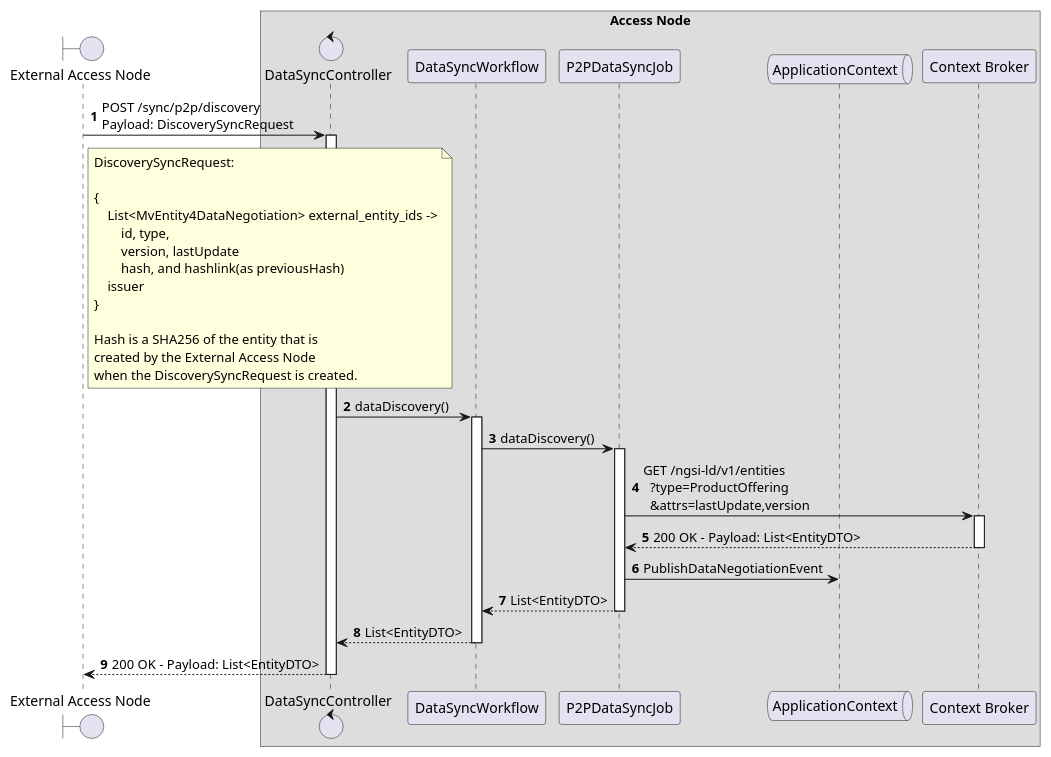
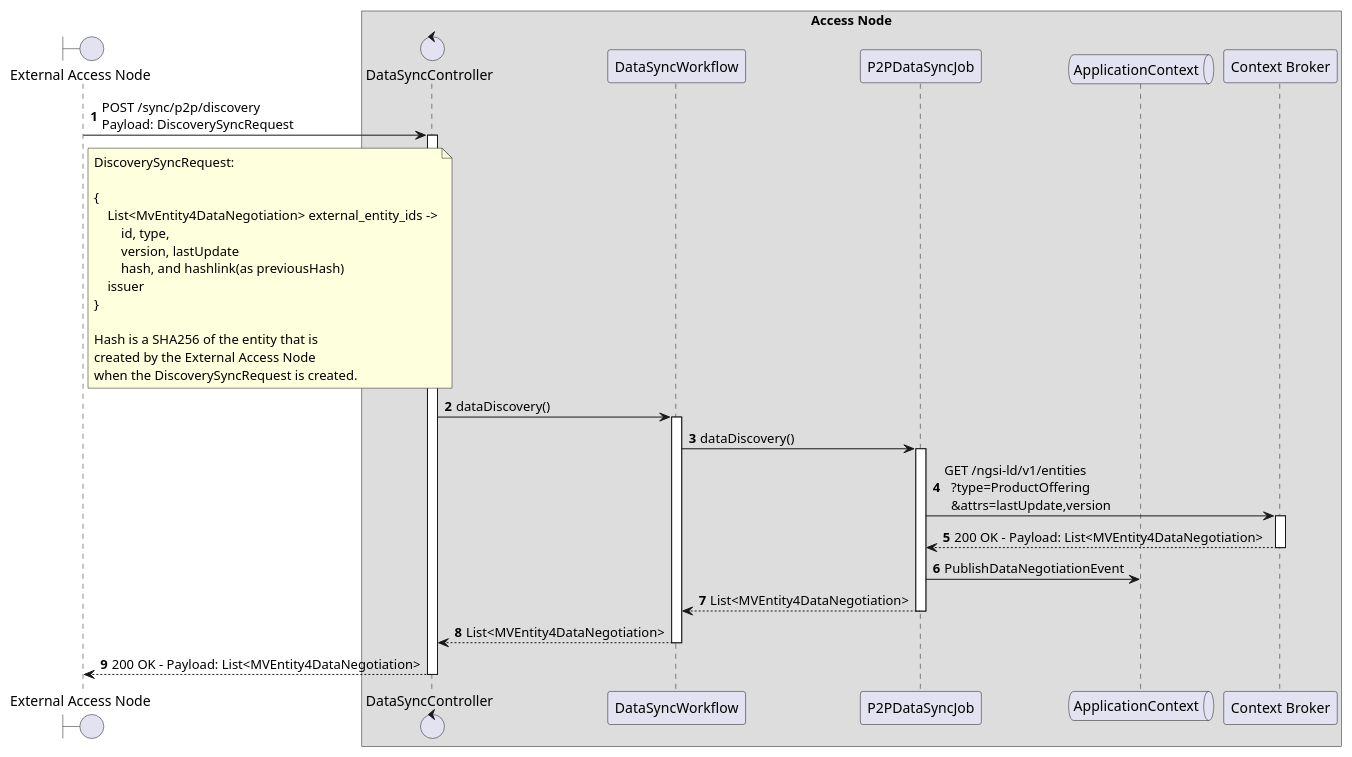
The diagram in desmos-tech-doc/diagrams/p2p-sync-discovery-local.puml (in2workspace/in2-guides), drawn with PlantUML before and after one commit. The commit also changed 1 other file, not shown here.

Commit message:
fix(data-syncronization): change entity dto to mv entity 4 data negotiation

```diff
--- a/desmos-tech-doc/diagrams/p2p-sync-discovery-local.puml
+++ b/desmos-tech-doc/diagrams/p2p-sync-discovery-local.puml
@@ -1,51 +1,51 @@
 @startuml
 'https://plantuml.com/sequence-diagram
 
 '---------- Config ----------------
 
 autonumber
 
 '---------- Header ----------------
 
 boundary "External Access Node" as ean
 
 box "Access Node"
 
   control "DataSyncController" as data_sync_Controller
   participant "DataSyncWorkflow" as p2p_data_sync_workflow
   participant "P2PDataSyncJob" as p2p_data_sync_job
   queue "ApplicationContext" as ac
   participant "Context Broker" as cb
 
 end box
 
 '---------- Diagram ----------------
 
 ean -> data_sync_Controller++: POST /sync/p2p/discovery \nPayload: DiscoverySyncRequest
 
 note right of ean
     DiscoverySyncRequest:
 
     {
         List<MvEntity4DataNegotiation> external_entity_ids ->
             id, type,
             version, lastUpdate
             hash, and hashlink(as previousHash)
         issuer
     }
 
     Hash is a SHA256 of the entity that is
     created by the External Access Node
     when the DiscoverySyncRequest is created.
 end note
 
     data_sync_Controller -> p2p_data_sync_workflow++: dataDiscovery()
         p2p_data_sync_workflow -> p2p_data_sync_job++: dataDiscovery()
             p2p_data_sync_job -> cb++: GET /ngsi-ld/v1/entities\n  ?type=ProductOffering\n  &attrs=lastUpdate,version
-            return 200 OK - Payload: List<EntityDTO>
+            return 200 OK - Payload: List<MVEntity4DataNegotiation>
             p2p_data_sync_job -> ac: PublishDataNegotiationEvent
-        return List<EntityDTO>
-    return List<EntityDTO>
-return 200 OK - Payload: List<EntityDTO>
+        return List<MVEntity4DataNegotiation>
+    return List<MVEntity4DataNegotiation>
+return 200 OK - Payload: List<MVEntity4DataNegotiation>
 
 @enduml
```
